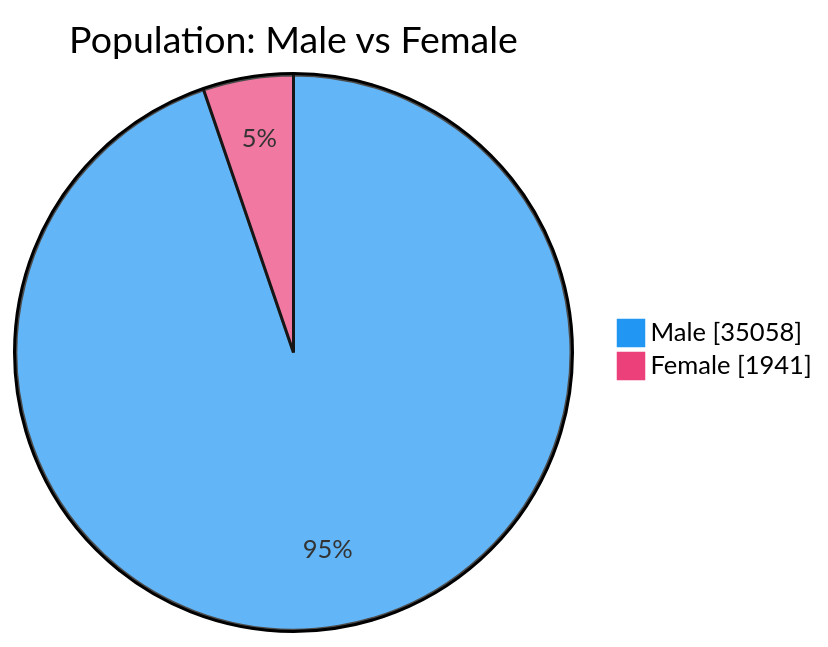
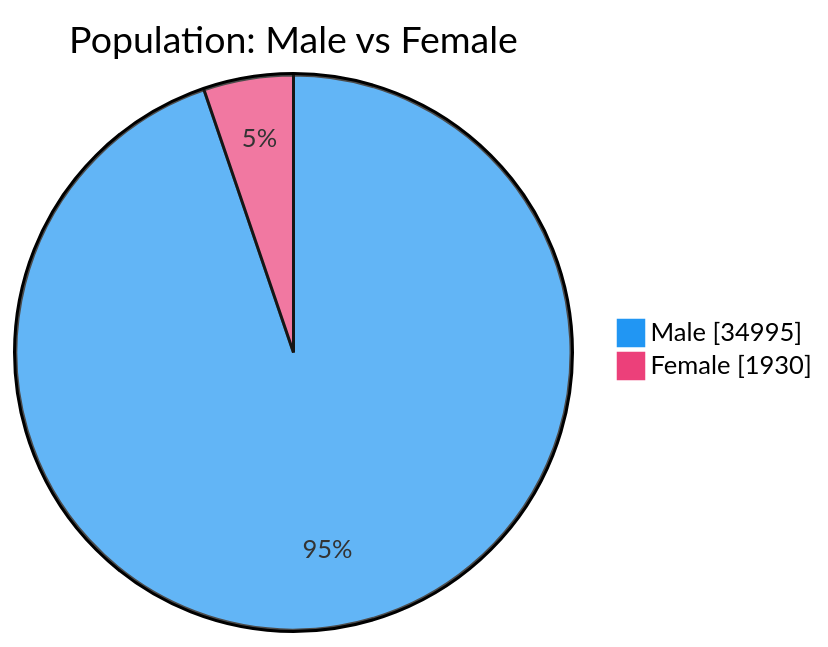
Before and after one commit to nuuuwan/lk_prisons: the second of 7 diagrams in README.md, drawn with Mermaid. The commit also changed other lines of this file and 1 other file, not shown here.

````diff
--- a/README.md
+++ b/README.md
@@ -54,6 +54,6 @@
 ```mermaid
 %%{init: {'themeVariables': {'pie1': '#2196F3', 'pie2': '#EC407A'}}}%%
 pie showData title Population: Male vs Female
-    "Male" : 35058
-    "Female" : 1941
+    "Male" : 34995
+    "Female" : 1930
 ```
````
